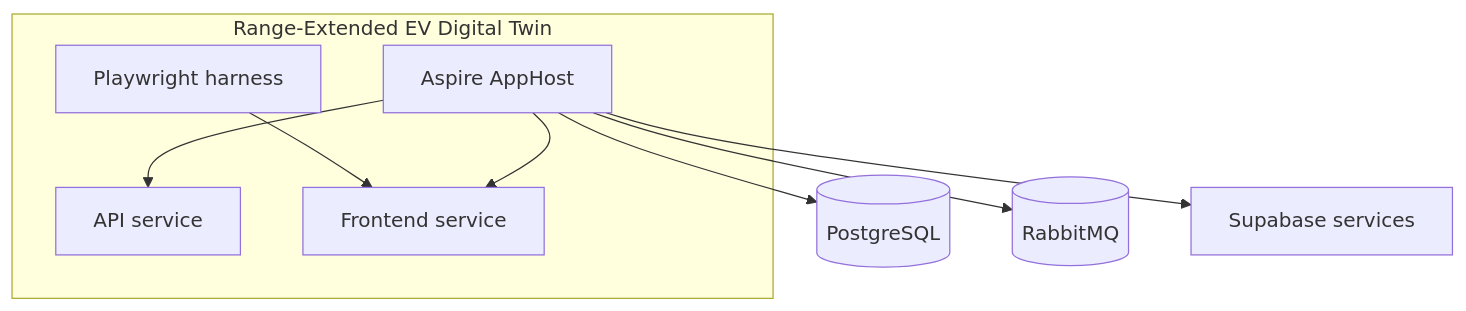
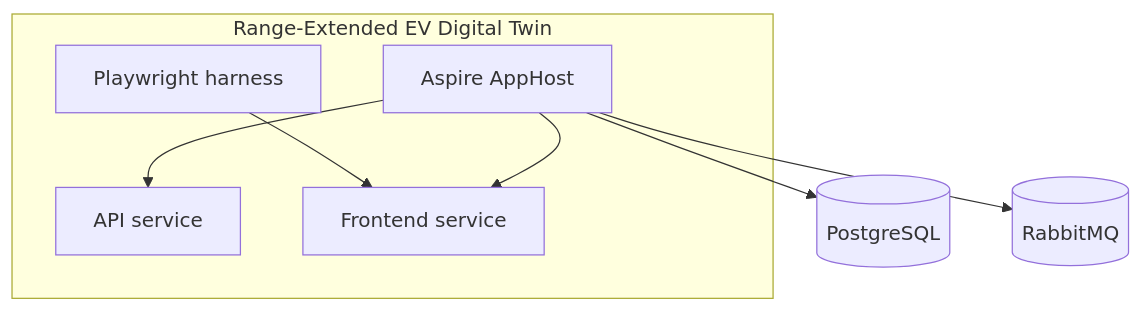
One commit to eddiegent/range-extended-ev-digital-twin changed the diagram in docs/diagrams/container.md. Above: the diagram before and after it, drawn with Mermaid. The commit also changed 21 other files, not shown here.

````diff
--- a/docs/diagrams/container.md
+++ b/docs/diagrams/container.md
@@ -3,16 +3,15 @@
 ```mermaid
 flowchart TB
     subgraph Repo[Range-Extended EV Digital Twin]
       AppHost[Aspire AppHost]
       Api[API service]
       Frontend[Frontend service]
       Tests[Playwright harness]
     end
 
     AppHost --> Api
     AppHost --> Frontend
     AppHost --> Postgres[(PostgreSQL)]
     AppHost --> RabbitMQ[(RabbitMQ)]
-    AppHost --> Supabase[Supabase services]
     Tests --> Frontend
 ```
````
